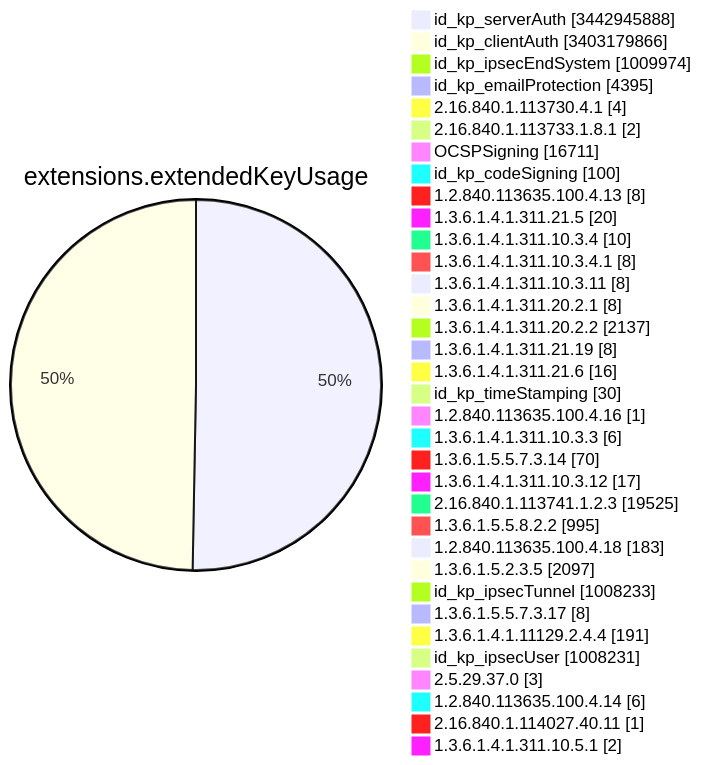
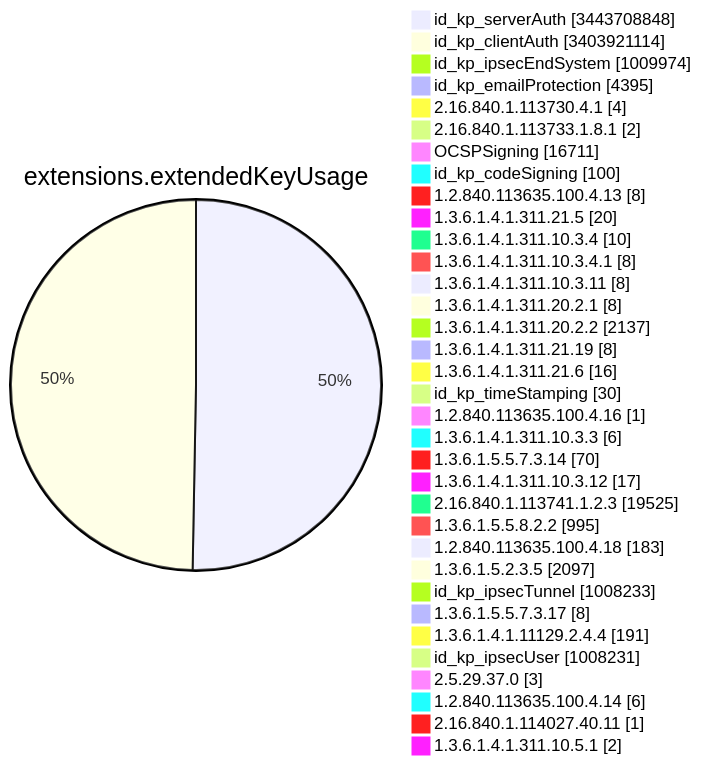
One commit to christiankrug/ctmonitor_visualization changed diagram 11 of 15 in TOTAL/README.md. Above: the diagram before and after it, drawn with Mermaid. The commit also changed other lines of this file, not shown here.

````diff
--- a/TOTAL/README.md
+++ b/TOTAL/README.md
@@ -4123,38 +4123,38 @@
 ```mermaid
 pie showData
 title extensions.extendedKeyUsage
-"id_kp_serverAuth" :3442945888
-"id_kp_clientAuth" :3403179866
+"id_kp_serverAuth" :3443708848
+"id_kp_clientAuth" :3403921114
 "id_kp_ipsecEndSystem" :1009974
 "id_kp_emailProtection" :4395
 "2.16.840.1.113730.4.1" :4
 "2.16.840.1.113733.1.8.1" :2
 "OCSPSigning" :16711
 "id_kp_codeSigning" :100
 "1.2.840.113635.100.4.13" :8
 "1.3.6.1.4.1.311.21.5" :20
 "1.3.6.1.4.1.311.10.3.4" :10
 "1.3.6.1.4.1.311.10.3.4.1" :8
 "1.3.6.1.4.1.311.10.3.11" :8
 "1.3.6.1.4.1.311.20.2.1" :8
 "1.3.6.1.4.1.311.20.2.2" :2137
 "1.3.6.1.4.1.311.21.19" :8
 "1.3.6.1.4.1.311.21.6" :16
 "id_kp_timeStamping" :30
 "1.2.840.113635.100.4.16" :1
 "1.3.6.1.4.1.311.10.3.3" :6
 "1.3.6.1.5.5.7.3.14" :70
 "1.3.6.1.4.1.311.10.3.12" :17
 "2.16.840.1.113741.1.2.3" :19525
 "1.3.6.1.5.5.8.2.2" :995
 "1.2.840.113635.100.4.18" :183
 "1.3.6.1.5.2.3.5" :2097
 "id_kp_ipsecTunnel" :1008233
 "1.3.6.1.5.5.7.3.17" :8
 "1.3.6.1.4.1.11129.2.4.4" :191
 "id_kp_ipsecUser" :1008231
 "2.5.29.37.0" :3
 "1.2.840.113635.100.4.14" :6
 "2.16.840.1.114027.40.11" :1
 "1.3.6.1.4.1.311.10.5.1" :2
 ```
````
